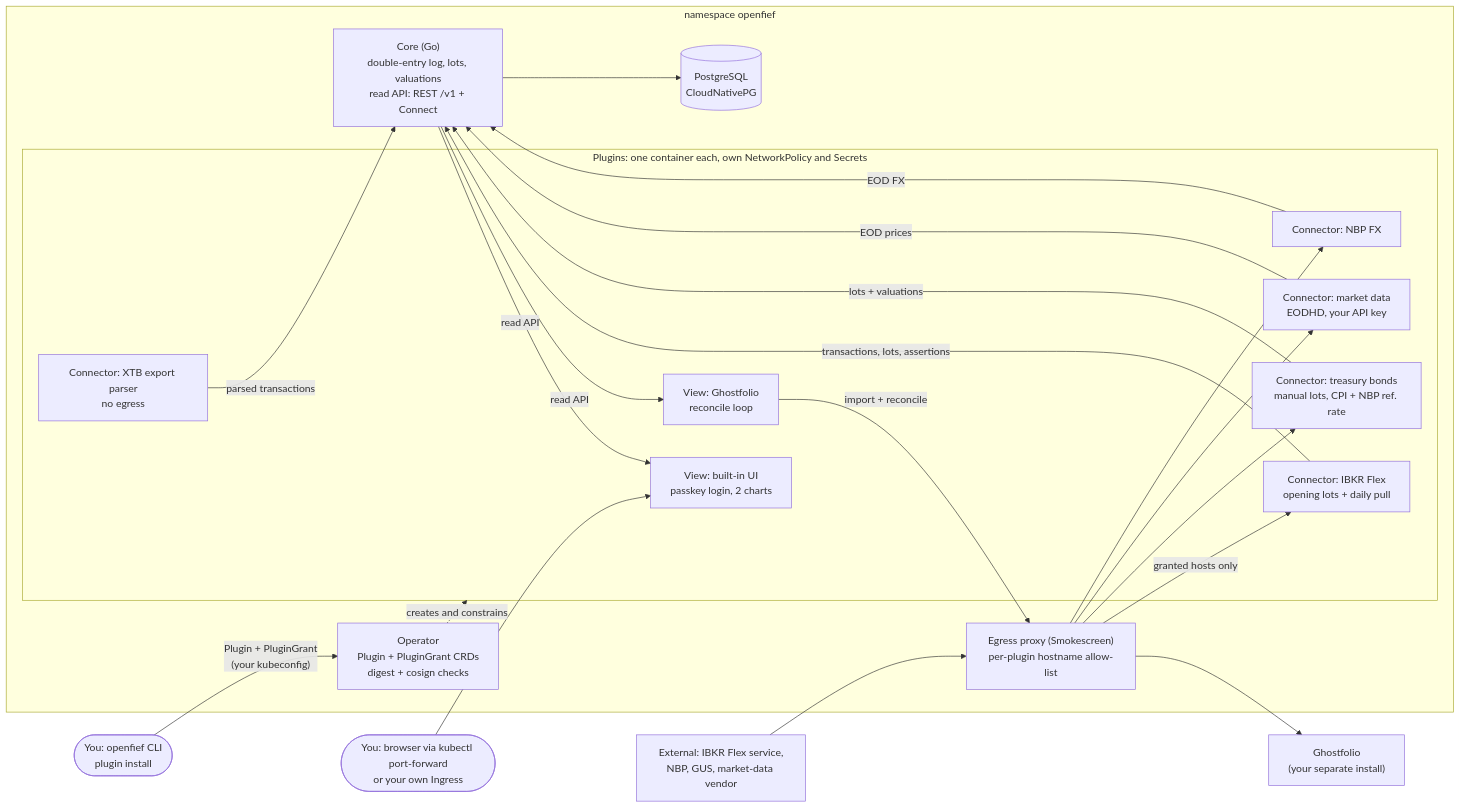
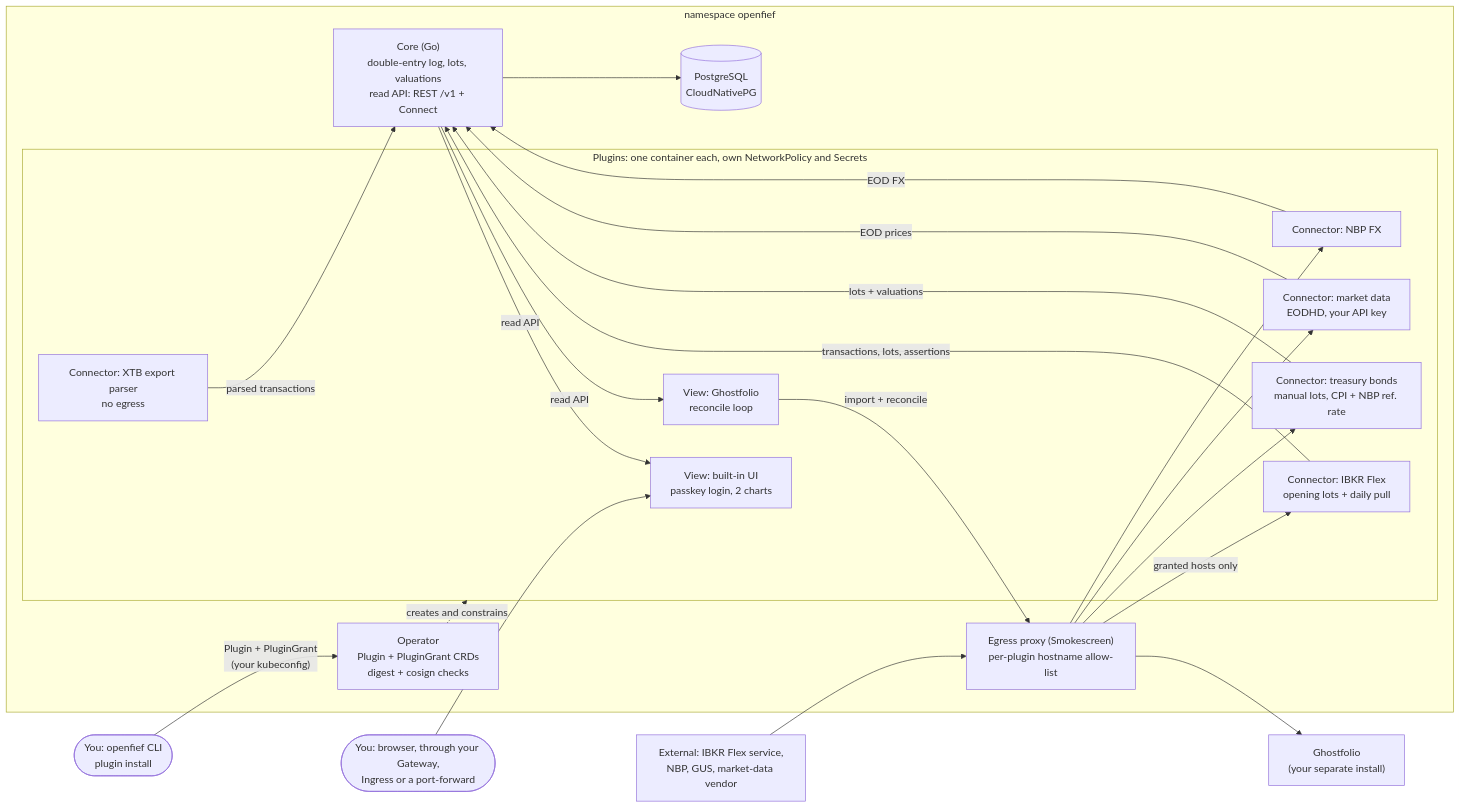
Before and after one commit to arkadiuss/openfief: the first of 2 diagrams in docs/DESIGN.md, drawn with Mermaid. The commit also changed other lines of this file and 28 other files, not shown here.

````diff
--- a/docs/DESIGN.md
+++ b/docs/DESIGN.md
@@ -48,43 +48,43 @@
 ```mermaid
 flowchart LR
-  you(["You: browser via kubectl port-forward<br/>or your own Ingress"])
+  you(["You: browser, through your Gateway,<br/>Ingress or a port-forward"])
   cli(["You: openfief CLI<br/>plugin install"])
 
   subgraph ns["namespace openfief"]
     op["Operator<br/>Plugin + PluginGrant CRDs<br/>digest + cosign checks"]
     core["Core (Go)<br/>double-entry log, lots, valuations<br/>read API: REST /v1 + Connect"]
     pg[("PostgreSQL<br/>CloudNativePG")]
     egress["Egress proxy (Smokescreen)<br/>per-plugin hostname allow-list"]
     subgraph plugins["Plugins: one container each, own NetworkPolicy and Secrets"]
       ui["View: built-in UI<br/>passkey login, 2 charts"]
       gfp["View: Ghostfolio<br/>reconcile loop"]
       ibkr["Connector: IBKR Flex<br/>opening lots + daily pull"]
       xtb["Connector: XTB export parser<br/>no egress"]
       bonds["Connector: treasury bonds<br/>manual lots, CPI + NBP ref. rate"]
       md["Connector: market data<br/>EODHD, your API key"]
       nbp["Connector: NBP FX"]
     end
   end
 
   gf["Ghostfolio<br/>(your separate install)"]
   ext["External: IBKR Flex service,<br/>NBP, GUS, market-data vendor"]
 
   cli -- "Plugin + PluginGrant<br/>(your kubeconfig)" --> op
   op -. "creates and constrains" .-> plugins
   core --> pg
   you --> ui
   core -- "read API" --> ui
   core -- "read API" --> gfp
   gfp -- "import + reconcile" --> egress
   egress --> gf
   ibkr -- "transactions, lots, assertions" --> core
   xtb -- "parsed transactions" --> core
   bonds -- "lots + valuations" --> core
   md -- "EOD prices" --> core
   nbp -- "EOD FX" --> core
   ext --> egress
   egress -- "granted hosts only" --> ibkr
   egress --> bonds
   egress --> md
   egress --> nbp
 ```
````
